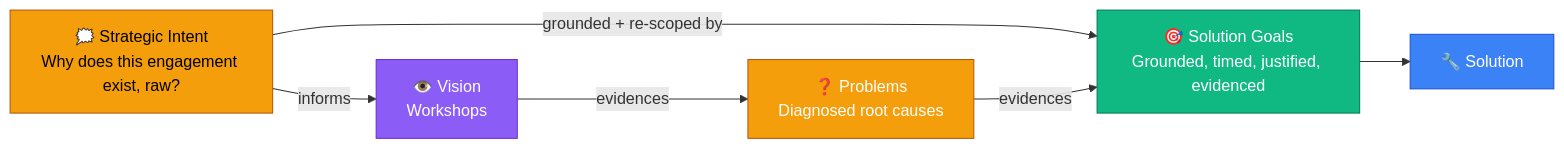
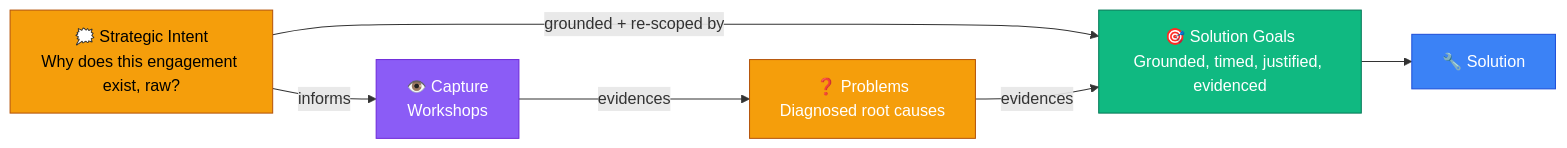
One commit to DataArt/adlc-discovery-tool changed the diagram in docs/AI SDLC/04 Goals/01 Overview.md. Above: the diagram before and after it, drawn with Mermaid. The commit also changed other lines of this file and 79 other files, not shown here.

Commit message:
docs(process): rename Vision stage to Capture throughout AI SDLC

````diff
--- a/docs/AI SDLC/04 Goals/01 Overview.md
+++ b/docs/AI SDLC/04 Goals/01 Overview.md
@@ -11,26 +11,26 @@
 ```mermaid
 flowchart LR
     IN["🗯️ Strategic Intent\nWhy does this engagement exist, raw?"]
-    V["👁️ Vision\nWorkshops"]
+    C["👁️ Capture\nWorkshops"]
     PR["❓ Problems\nDiagnosed root causes"]
     SG["🎯 Solution Goals\nGrounded, timed, justified, evidenced"]
     SO["🔧 Solution"]
 
-    IN -->|"informs"| V
-    V -->|"evidences"| PR
+    IN -->|"informs"| C
+    C -->|"evidences"| PR
     IN -->|"grounded + re-scoped by"| SG
     PR -->|"evidences"| SG
     SG --> SO
 
     classDef intent fill:#F59E0B,stroke:#B45309,color:#000
     classDef goals fill:#10B981,stroke:#047857,color:#fff
-    classDef vision fill:#8B5CF6,stroke:#6D28D9,color:#fff
+    classDef capture fill:#8B5CF6,stroke:#6D28D9,color:#fff
     classDef problem fill:#F59E0B,stroke:#B45309,color:#fff
     classDef solution fill:#3B82F6,stroke:#1D4ED8,color:#fff
 
     class IN intent
     class SG goals
-    class V vision
+    class C capture
     class PR problem
     class SO solution
 ```
````
